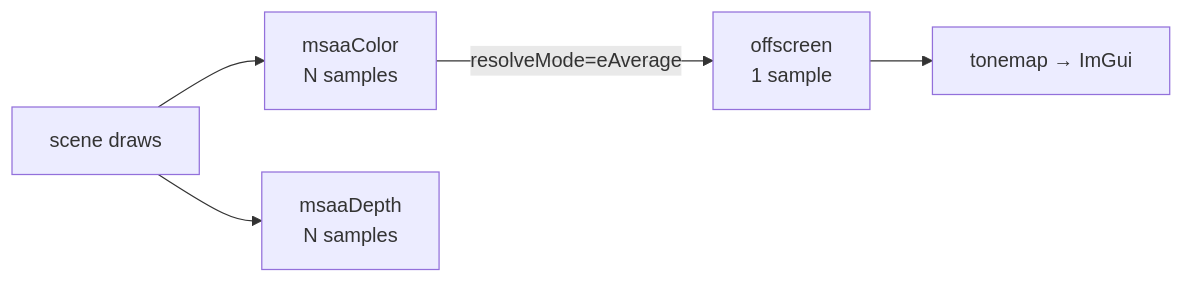
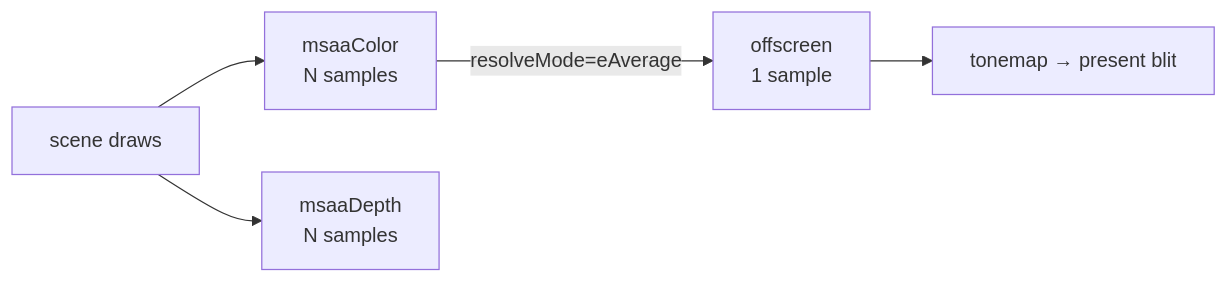
One commit to saffronjam/saffron-engine changed the diagram in docs/content/explanations/anti-aliasing/msaa.md. Above: the diagram before and after it, drawn with Mermaid. The commit also changed other lines of this file and 13 other files, not shown here.

First line of the commit message:
docs: replace ImGui with the present-blit path in the loop and graph

````diff
--- a/docs/content/explanations/anti-aliasing/msaa.md
+++ b/docs/content/explanations/anti-aliasing/msaa.md
@@ -40,7 +40,7 @@
 ```mermaid
 flowchart LR
     A[scene draws] --> B[msaaColor<br/>N samples]
     A --> C[msaaDepth<br/>N samples]
     B -- resolveMode=eAverage --> D[offscreen<br/>1 sample]
-    D --> E[tonemap → ImGui]
+    D --> E[tonemap → present blit]
 ```
````
